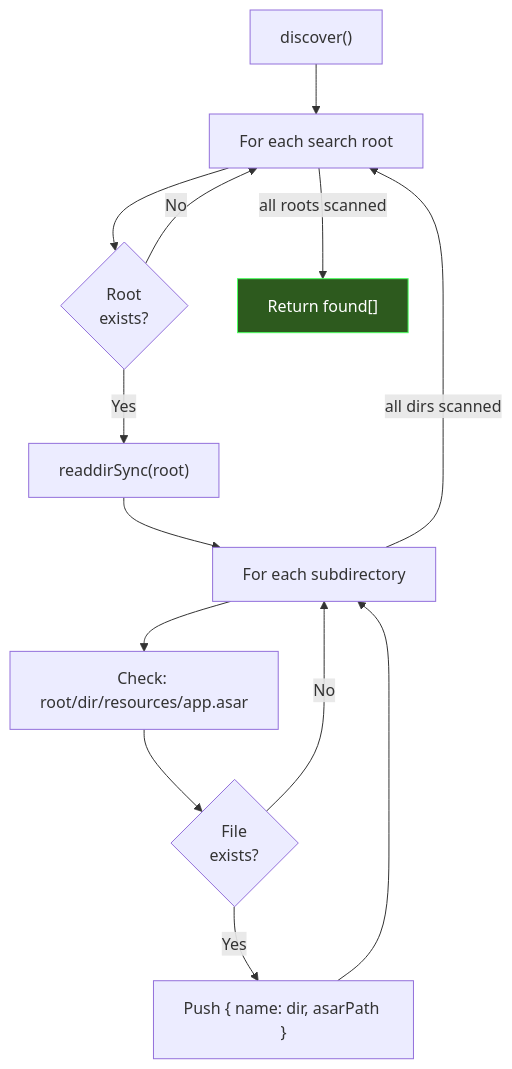
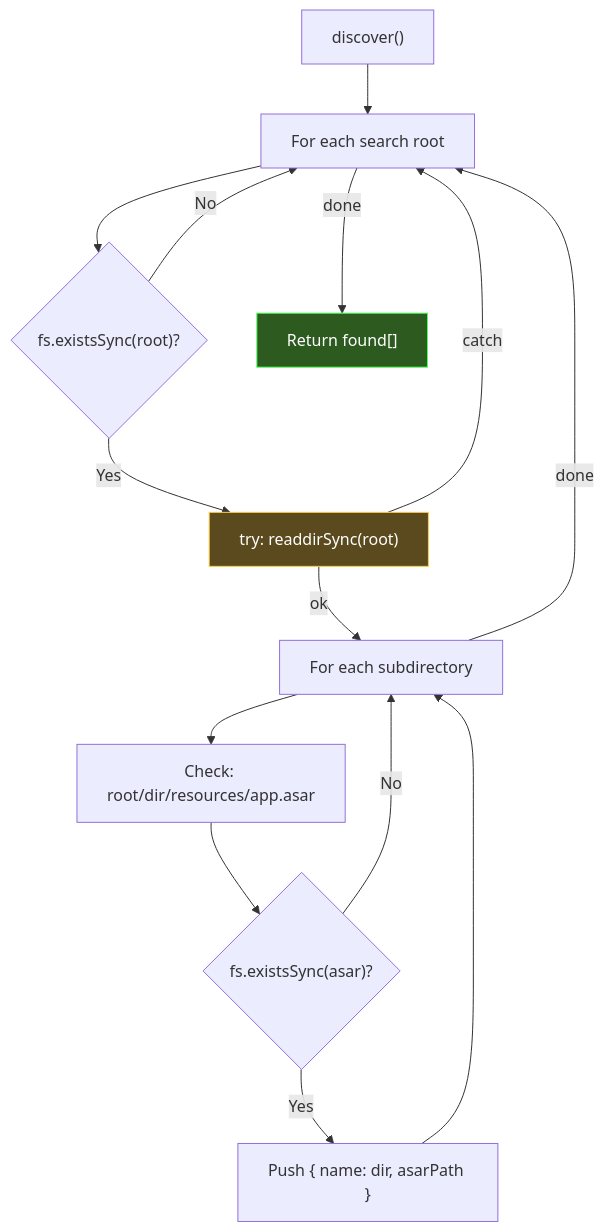
One commit to jerroldneal/podbay changed the second of 3 diagrams in lib/docs/discover.md. Above: the diagram before and after it, drawn with Mermaid. The commit also changed other lines of this file and 110 other files, not shown here.

````diff
--- a/lib/docs/discover.md
+++ b/lib/docs/discover.md
@@ -89,17 +68,19 @@
 ```mermaid
 flowchart TD
     A["discover()"] --> B["For each search root"]
-    B --> C{"Root<br/>exists?"}
+    B --> C{"fs.existsSync(root)?"}
     C -->|No| B
-    C -->|Yes| D["readdirSync(root)"]
-    D --> E["For each subdirectory"]
+    C -->|Yes| D["try: readdirSync(root)"]
+    D -->|catch| B
+    D -->|ok| E["For each subdirectory"]
     E --> F["Check: root/dir/resources/app.asar"]
-    F --> G{"File<br/>exists?"}
+    F --> G{"fs.existsSync(asar)?"}
     G -->|Yes| H["Push { name: dir, asarPath }"]
     G -->|No| E
     H --> E
-    E -->|"all dirs scanned"| B
-    B -->|"all roots scanned"| I["Return found[]"]
+    E -->|done| B
+    B -->|done| I["Return found[]"]
 
     style I fill:#2d5a1e,stroke:#4aff5e,color:#fff
+    style D fill:#5a4a1e,stroke:#ffcc4a,color:#fff
 ```
````
